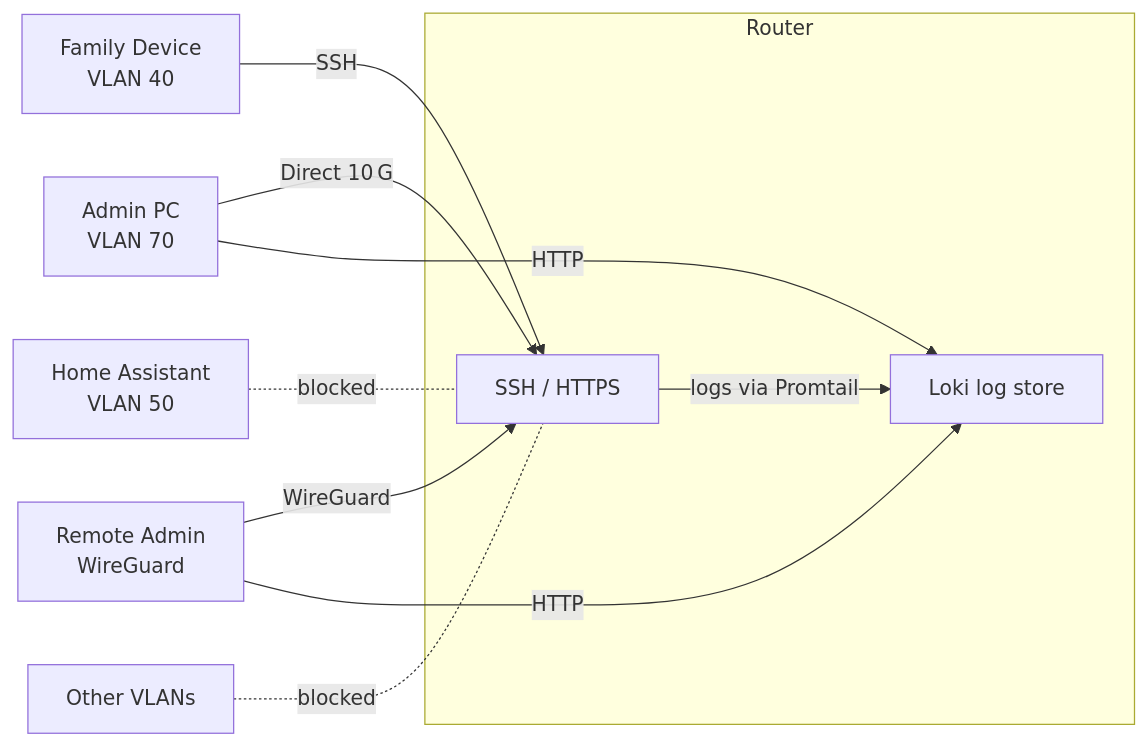
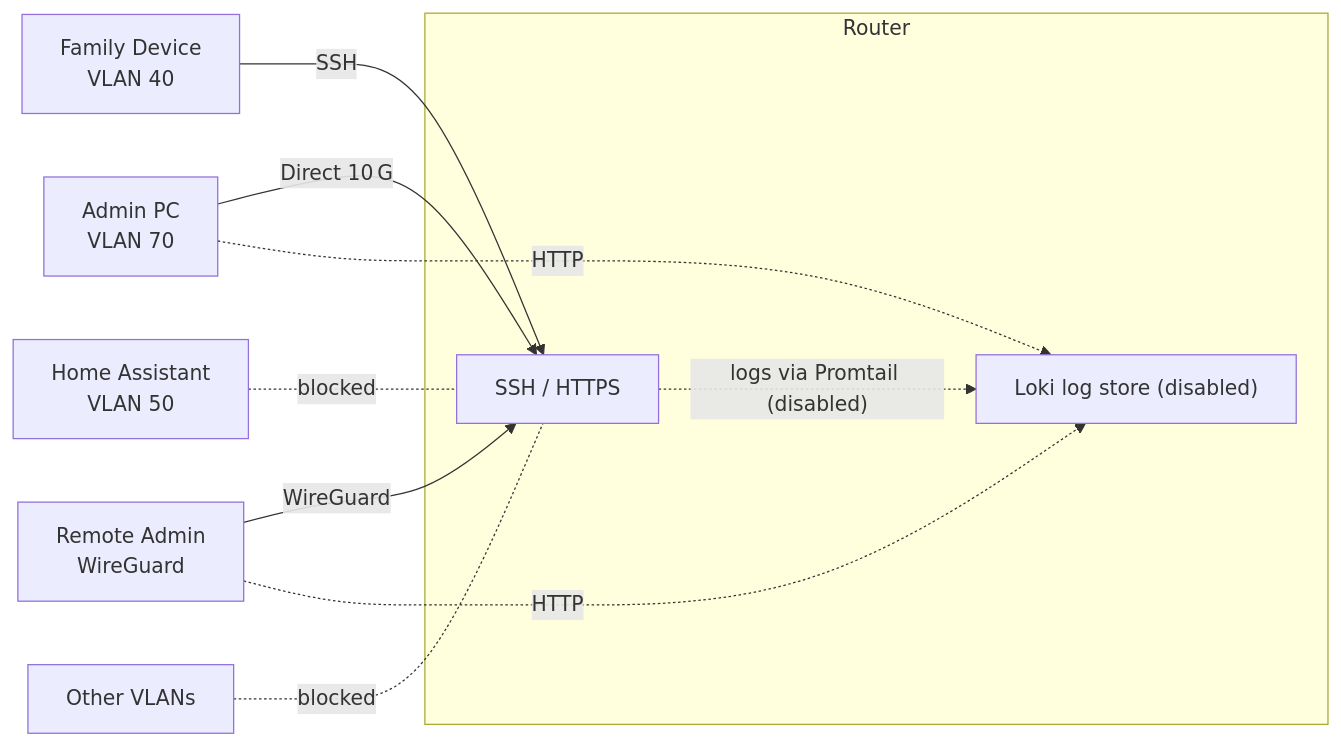
Before and after one commit to GEMISIS/home-network-setup: the seventh of 8 diagrams in SOFTWARE.md, drawn with Mermaid. The commit also changed other lines of this file and 3 other files, not shown here.

Commit message:
Disable monitoring services and mark diagrams

````diff
--- a/SOFTWARE.md
+++ b/SOFTWARE.md
@@ -121,21 +121,21 @@
 ```mermaid
 flowchart LR
     AdminPC["Admin PC</br>VLAN 70"]
     FamilyPC["Family Device</br>VLAN 40"]
     HA["Home Assistant</br>VLAN 50"]
     WGUser["Remote Admin</br>WireGuard"]
     Others["Other VLANs"]
     subgraph RouterBox["Router"]
         Router["SSH / HTTPS"]
-        Loki["Loki log store"]
+        Loki["Loki log store (disabled)"]
     end
 
     WGUser -->|"WireGuard"| Router
     AdminPC -->|"Direct 10 G"| Router
     FamilyPC -->|"SSH"| Router
     HA -.-|"blocked"| Router
     Others -.-|"blocked"| Router
-    Router -- "logs via Promtail" --> Loki
-    AdminPC -->|"HTTP"| Loki
-    WGUser -->|"HTTP"| Loki
+    Router -. "logs via Promtail (disabled)" .-> Loki
+    AdminPC -.->|"HTTP"| Loki
+    WGUser -.->|"HTTP"| Loki
 ```
````
